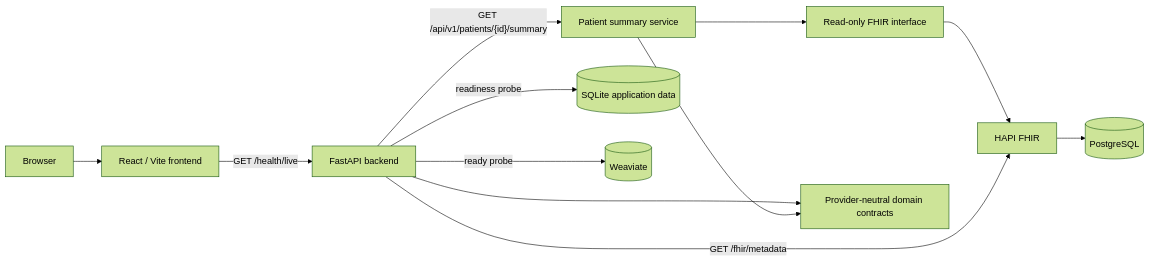
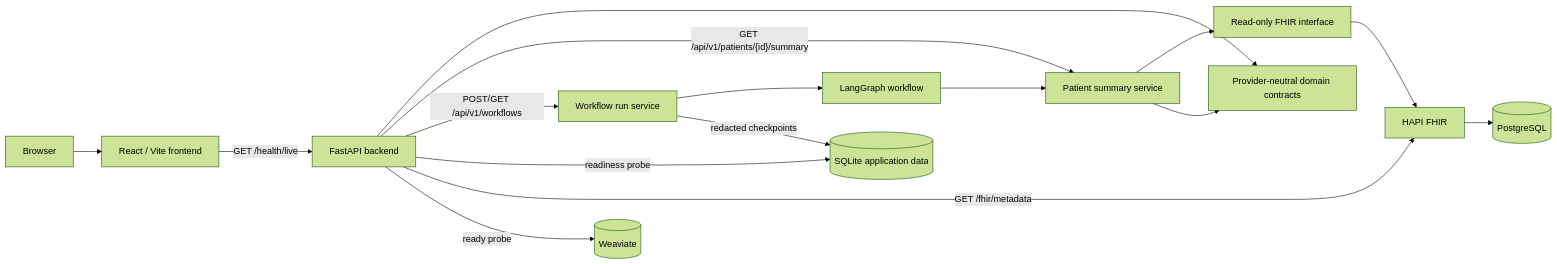
Before and after one commit to sanket-nawghare/langchain-poc: the first of 5 diagrams in docs/ARCHITECTURE.md, drawn with Mermaid (forest theme). The commit also changed other lines of this file and 23 other files, not shown here.

Commit message:
Run API, Persistence, and Recovery

````diff
--- a/docs/ARCHITECTURE.md
+++ b/docs/ARCHITECTURE.md
@@ -12,24 +13,29 @@
 ```mermaid
 flowchart LR
     Browser["Browser"]
     UI["React / Vite frontend"]
     API["FastAPI backend"]
     Summary["Patient summary service"]
+    Workflow["LangGraph workflow"]
+    Runs["Workflow run service"]
     FHIRClient["Read-only FHIR interface"]
     Domain["Provider-neutral domain contracts"]
     SQLite[("SQLite application data")]
     HAPI["HAPI FHIR"]
     Postgres[("PostgreSQL")]
     Weaviate[("Weaviate")]
 
     Browser --> UI
     UI -->|"GET /health/live"| API
     API --> Domain
     API -->|"GET /api/v1/patients/{id}/summary"| Summary
+    API -->|"POST/GET /api/v1/workflows"| Runs --> Workflow
+    Runs -->|"redacted checkpoints"| SQLite
+    Workflow --> Summary
     Summary --> FHIRClient --> HAPI
     Summary --> Domain
     API -->|"readiness probe"| SQLite
     API -->|"GET /fhir/metadata"| HAPI
     API -->|"ready probe"| Weaviate
     HAPI --> Postgres
 ```
````
